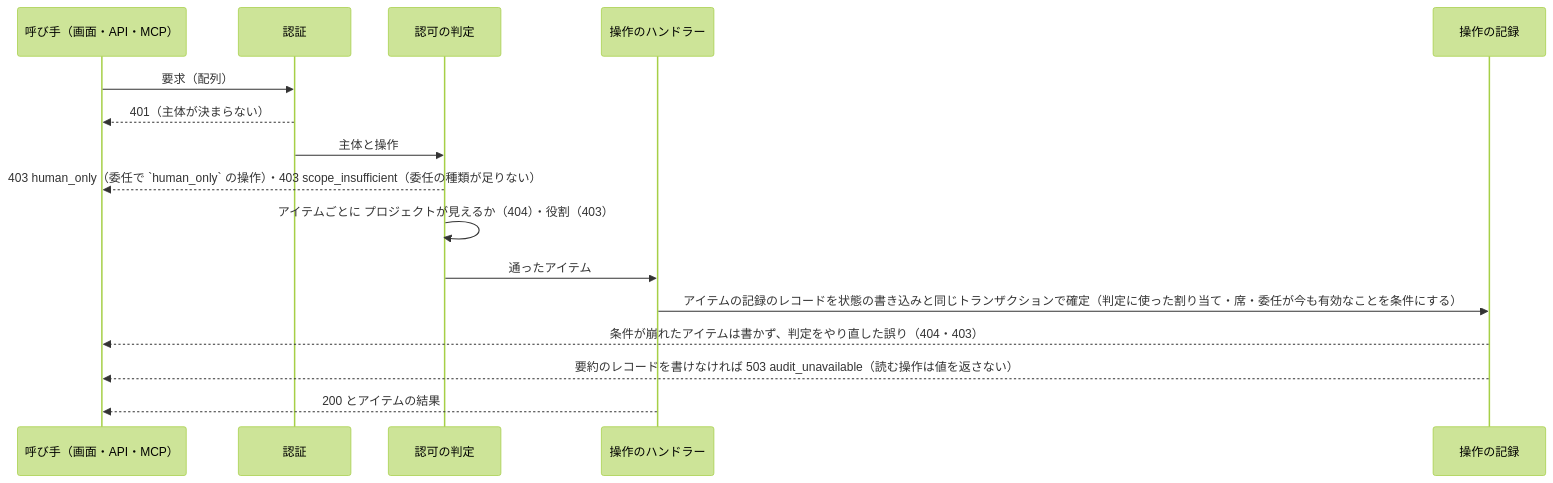
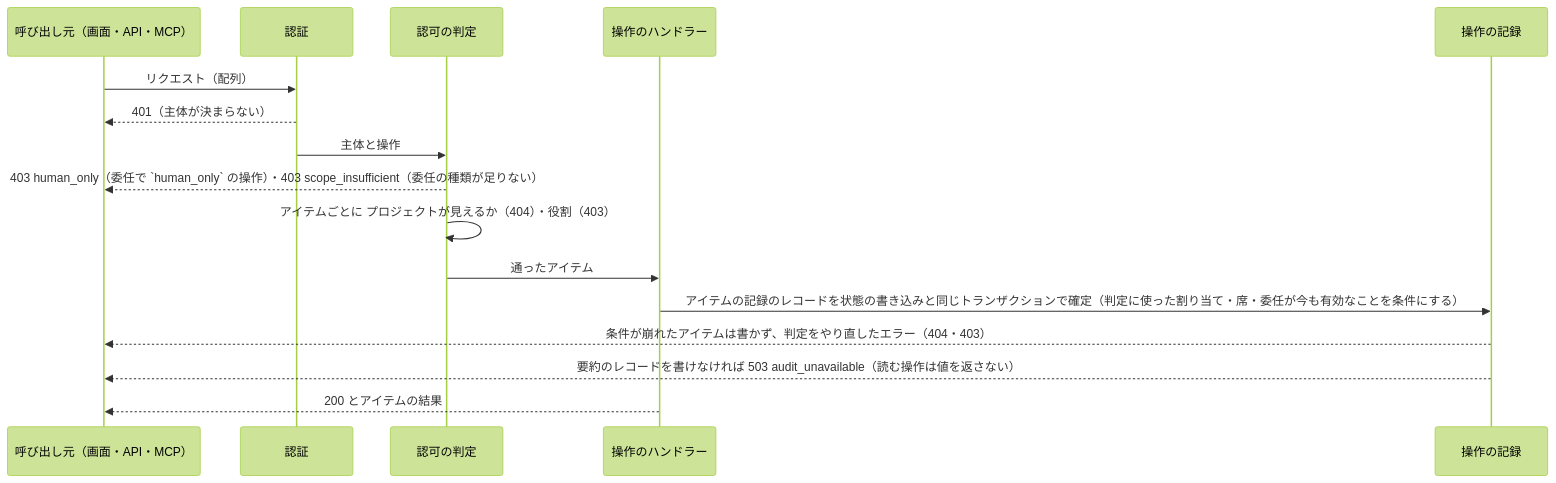
One commit to devbasex/nd-factory changed the first of 3 diagrams in docs/design/api.md. Above: the diagram before and after it, drawn with Mermaid (forest theme). The commit also changed other lines of this file and 16 other files, not shown here.

First line of the commit message:
Docs: 設計書を通読し、エンジニアが使わない造語・直訳（道具・地図・頭書き・失敗のアイテムなど）を書き換える（利用者の指示）

````diff
--- a/docs/design/api.md
+++ b/docs/design/api.md
@@ -433,18 +433,18 @@
 ```mermaid
 sequenceDiagram
-    participant C as 呼び手（画面・API・MCP）
+    participant C as 呼び出し元（画面・API・MCP）
     participant A as 認証
     participant Z as 認可の判定
     participant H as 操作のハンドラー
     participant L as 操作の記録
-    C->>A: 要求（配列）
+    C->>A: リクエスト（配列）
     A-->>C: 401（主体が決まらない）
     A->>Z: 主体と操作
     Z-->>C: 403 human_only（委任で `human_only` の操作）・403 scope_insufficient（委任の種類が足りない）
     Z->>Z: アイテムごとに プロジェクトが見えるか（404）・役割（403）
     Z->>H: 通ったアイテム
     H->>L: アイテムの記録のレコードを状態の書き込みと同じトランザクションで確定（判定に使った割り当て・席・委任が今も有効なことを条件にする）
-    L-->>C: 条件が崩れたアイテムは書かず、判定をやり直した誤り（404・403）
+    L-->>C: 条件が崩れたアイテムは書かず、判定をやり直したエラー（404・403）
     L-->>C: 要約のレコードを書けなければ 503 audit_unavailable（読む操作は値を返さない）
     H-->>C: 200 とアイテムの結果
 ```
````
